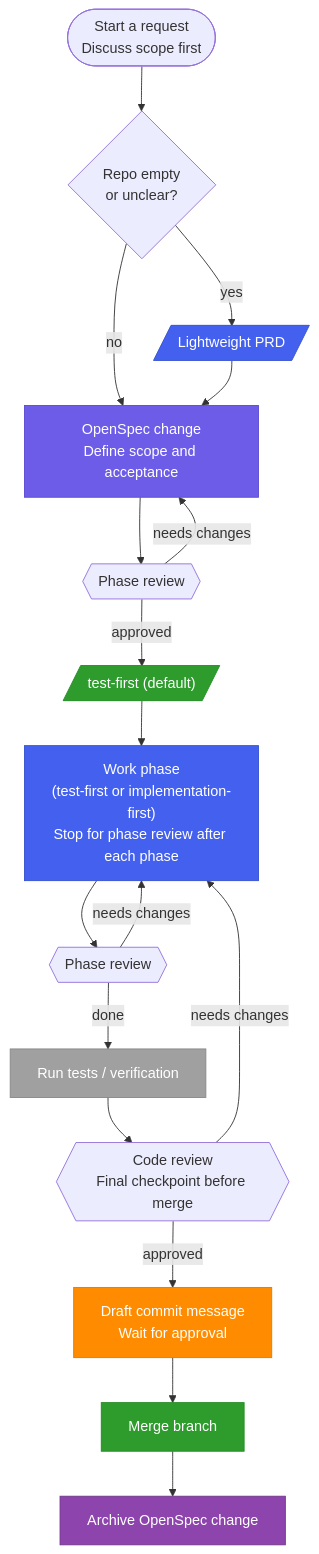
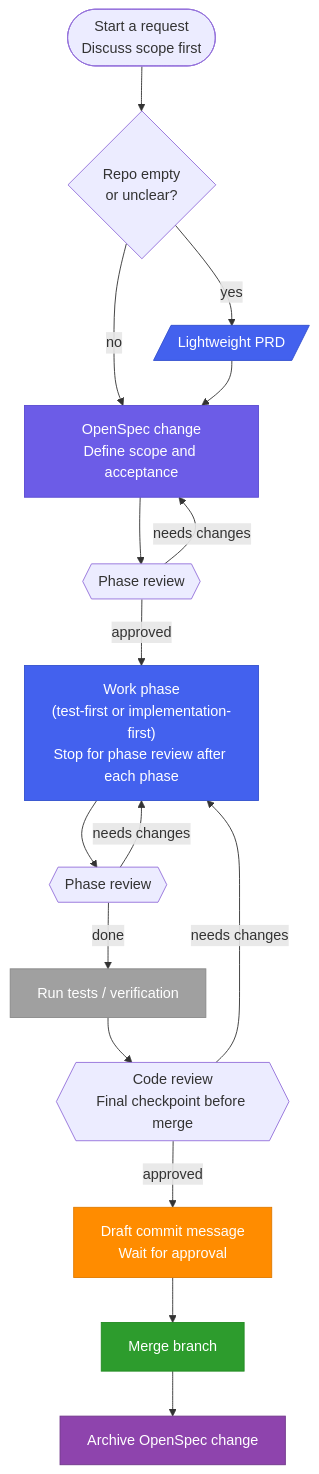
The diagram in README.md (Ray-suen/spec-review-workflow), drawn with Mermaid before and after one commit.

Commit message:
docs(readme): remove strategy node from flowchart

````diff
--- a/README.md
+++ b/README.md
@@ -10,39 +10,36 @@
 ```mermaid
 flowchart TD
     START([Start a request<br>Discuss scope first]) --> NEED_PRD{Repo empty<br>or unclear?}
 
     NEED_PRD -->|yes| PRD
     NEED_PRD -->|no| SPEC
 
     PRD[/"Lightweight PRD"/] --> SPEC
     SPEC["OpenSpec change<br>Define scope and acceptance"] --> REVIEW1
 
     REVIEW1{{"Phase review"}}
-    REVIEW1 -->|approved| STRATEGY
+    REVIEW1 -->|approved| WORK
     REVIEW1 -->|needs changes| SPEC
-
-    STRATEGY[/"test-first (default)"/] --> WORK
     WORK["Work phase<br>(test-first or implementation-first)<br>Stop for phase review after each phase"] --> REVIEW2
 
     REVIEW2{{"Phase review"}}
     REVIEW2 -->|done| VERIFY
     REVIEW2 -->|needs changes| WORK
 
     VERIFY["Run tests / verification"] --> CODE_REVIEW
 
     CODE_REVIEW{{"Code review<br>Final checkpoint before merge"}}
     CODE_REVIEW -->|approved| COMMIT
     CODE_REVIEW -->|needs changes| WORK
 
     COMMIT["Draft commit message<br>Wait for approval"] --> MERGE["Merge branch"]
     MERGE --> ARCHIVE["Archive OpenSpec change"]
 
     style PRD fill:#4361ee,stroke:#3451ce,color:#fff
     style SPEC fill:#6c5ce7,stroke:#5a4bd1,color:#fff
-    style STRATEGY fill:#2d9c2d,stroke:#228B22,color:#fff
     style WORK fill:#4361ee,stroke:#3451ce,color:#fff
     style VERIFY fill:#a0a0a0,stroke:#888,color:#fff
     style COMMIT fill:#ff8c00,stroke:#e07b00,color:#fff
     style MERGE fill:#2d9c2d,stroke:#228B22,color:#fff
     style ARCHIVE fill:#8e44ad,stroke:#70368a,color:#fff
 ```
````
